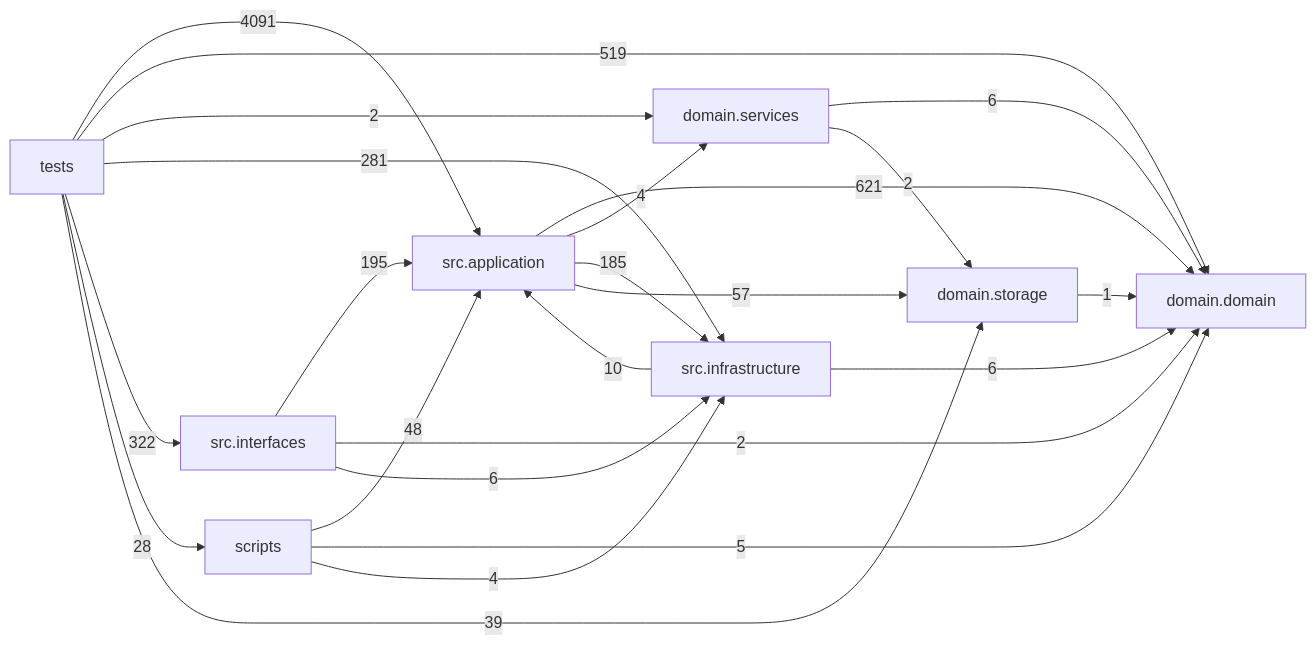
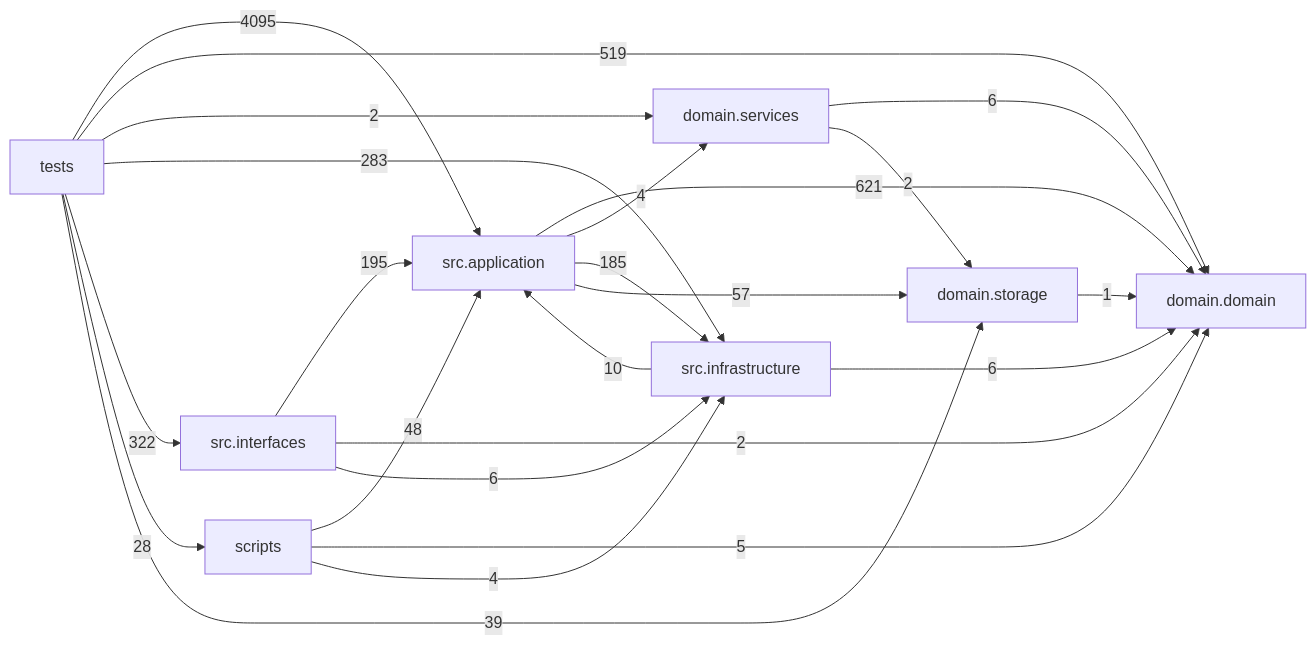
One commit to liuxie066/options-monitor changed the diagram in docs/DEPENDENCY_GRAPH.md. Above: the diagram before and after it, drawn with Mermaid. The commit also changed other lines of this file and 7 other files, not shown here.

````diff
--- a/docs/DEPENDENCY_GRAPH.md
+++ b/docs/DEPENDENCY_GRAPH.md
@@ -24,33 +24,33 @@
 ```mermaid
 flowchart LR
   tests["tests"]
   scripts["scripts"]
   interfaces["src.interfaces"]
   application["src.application"]
   infrastructure["src.infrastructure"]
   domain_services["domain.services"]
   domain["domain.domain"]
   storage["domain.storage"]
   application -->|621| domain
   application -->|4| domain_services
   application -->|185| infrastructure
   application -->|57| storage
   domain_services -->|6| domain
   domain_services -->|2| storage
   infrastructure -->|10| application
   infrastructure -->|6| domain
   interfaces -->|195| application
   interfaces -->|2| domain
   interfaces -->|6| infrastructure
   scripts -->|48| application
   scripts -->|5| domain
   scripts -->|4| infrastructure
   storage -->|1| domain
-  tests -->|4091| application
+  tests -->|4095| application
   tests -->|519| domain
   tests -->|2| domain_services
-  tests -->|281| infrastructure
+  tests -->|283| infrastructure
   tests -->|322| interfaces
   tests -->|28| scripts
   tests -->|39| storage
 ```
````
